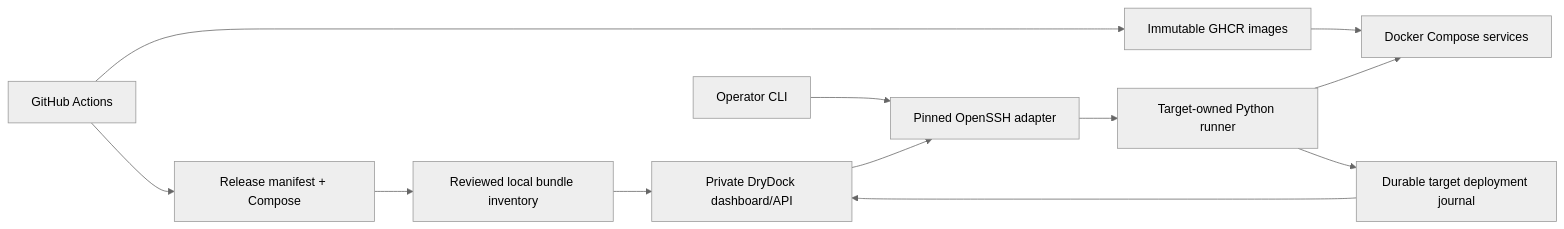
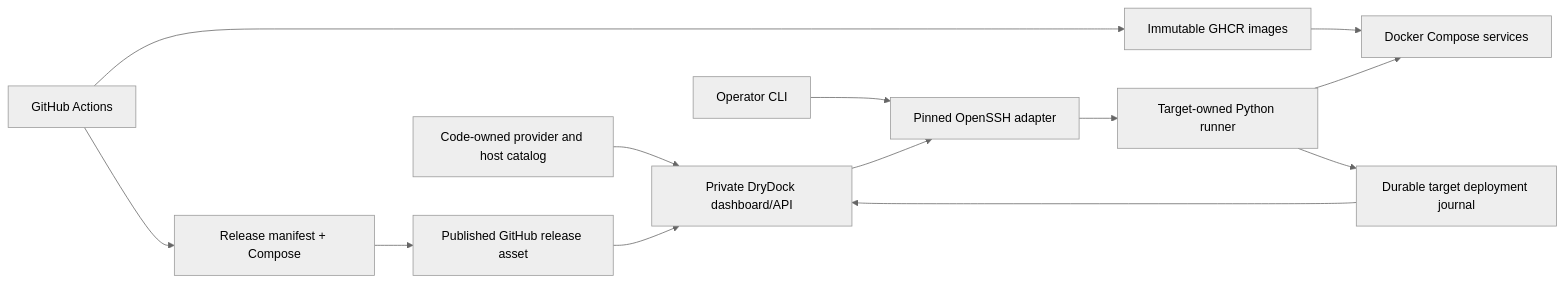
Before and after one commit to wow-two-platform/wow-two-platform.drydock: the diagram in engineering/architecture/architecture.md, drawn with Mermaid (neutral theme). The commit also changed other lines of this file and 10 other files, not shown here.

Commit message:
docs: defined main-only releases and code-owned fleet policy

````diff
--- a/engineering/architecture/architecture.md
+++ b/engineering/architecture/architecture.md
@@ -12,14 +12,15 @@
 ```mermaid
 flowchart LR
   CI[GitHub Actions] --> Images[Immutable GHCR images]
   CI --> Bundle[Release manifest + Compose]
-  Bundle --> Import[Reviewed local bundle inventory]
-  Import --> Dock[Private DryDock dashboard/API]
+  Bundle --> Release[Published GitHub release asset]
+  Release --> Dock[Private DryDock dashboard/API]
+  Fleet[Code-owned provider and host catalog] --> Dock
   Dock --> SSH[Pinned OpenSSH adapter]
   Operator[Operator CLI] --> SSH
   SSH --> Runner[Target-owned Python runner]
   Runner --> Compose[Docker Compose services]
   Images --> Compose
   Runner --> Journal[Durable target deployment journal]
   Journal --> Dock
 ```
````
